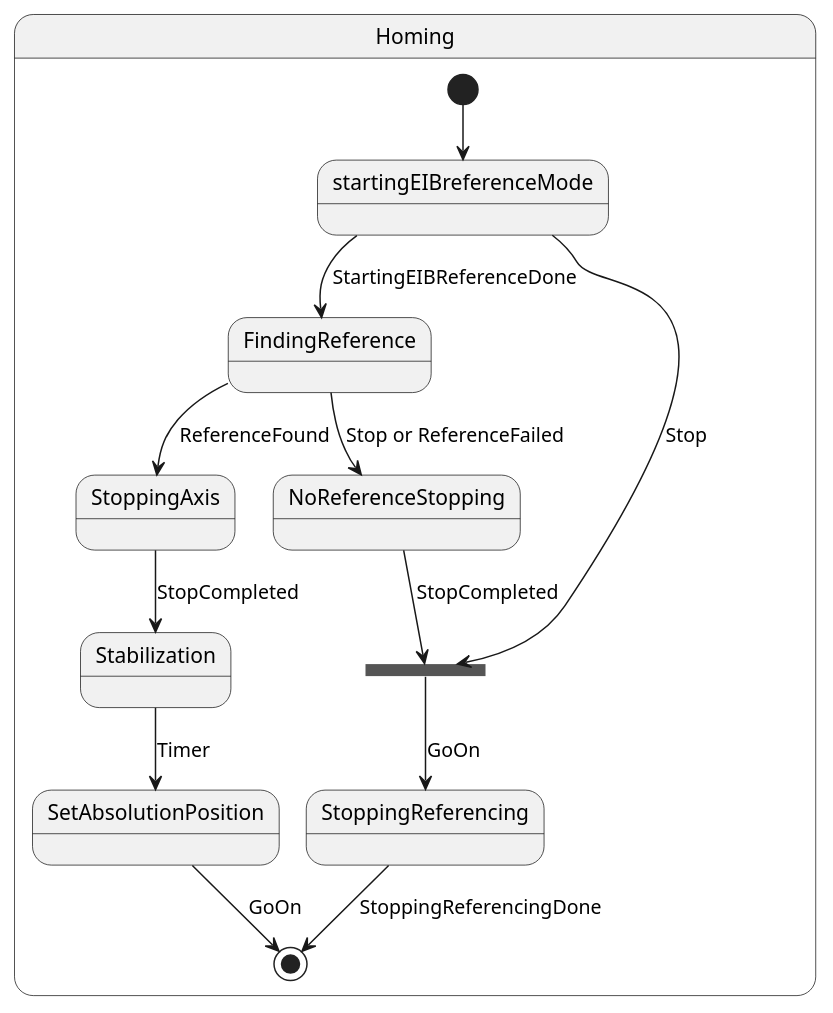
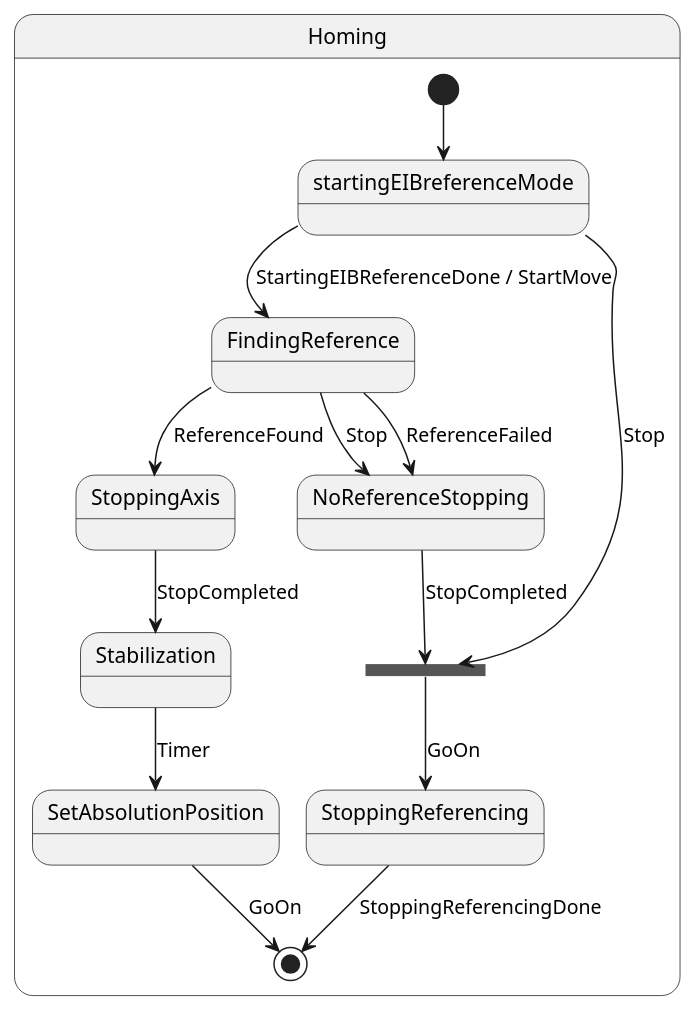
Before and after one commit to lsst-ts/ts_tma_tma-documentation_pxi-controller_documentation: the fourth of 4 diagrams in 10 Subsystems Azimuth and Elevacion/04 State Machine.md, drawn with PlantUML. The commit also changed other lines of this file, not shown here.

````diff
--- a/10 Subsystems Azimuth and Elevacion/04 State Machine.md
+++ b/10 Subsystems Azimuth and Elevacion/04 State Machine.md
@@ -131,27 +133,28 @@
 ```plantuml
 @startuml
 state Homing{
       state startingEIBreferenceMode
       state FindingReference
       state StoppingAxis
       state Stabilization
       state SetAbsolutionPosition
       state NoReferenceStopping
       state Join <<Join>>
       state StoppingReferencing
 
       [*]-->startingEIBreferenceMode 
-      startingEIBreferenceMode --> FindingReference : StartingEIBReferenceDone
+      startingEIBreferenceMode --> FindingReference : StartingEIBReferenceDone / StartMove
       FindingReference --> StoppingAxis : ReferenceFound
       StoppingAxis --> Stabilization : StopCompleted
       Stabilization --> SetAbsolutionPosition : Timer
       SetAbsolutionPosition --> [*] : GoOn
-      FindingReference --> NoReferenceStopping : Stop or ReferenceFailed
+      FindingReference --> NoReferenceStopping : Stop
+      FindingReference --> NoReferenceStopping : ReferenceFailed
       NoReferenceStopping --> Join : StopCompleted
       startingEIBreferenceMode --> Join : Stop
       Join --> StoppingReferencing : GoOn
       StoppingReferencing --> [*] : StoppingReferencingDone
     }
 
 @enduml
 ```
````
